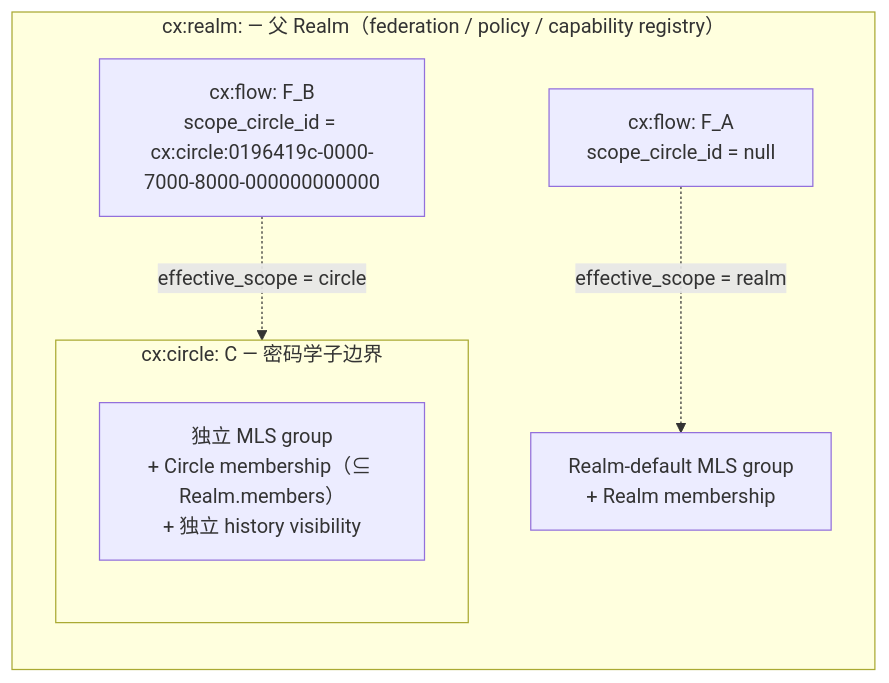
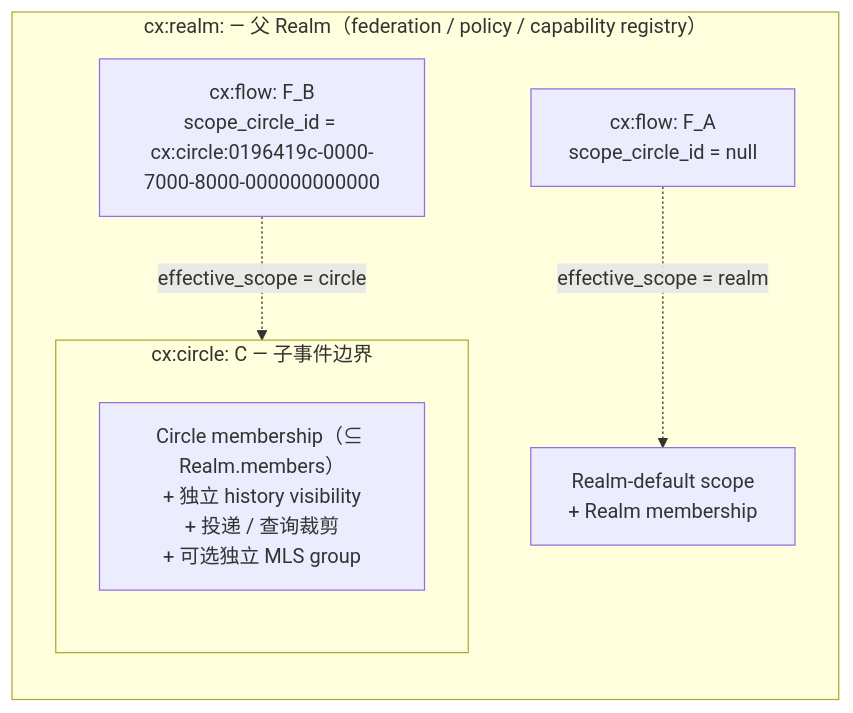
The diagram in spec/v1/zh/models/flow-and-message.md (arkret-org/arkret-spec), drawn with Mermaid before and after one commit. The commit also changed other lines of this file and 35 other files, not shown here.

First line of the commit message:
Refine Circle and Flow Scope Definitions

````diff
--- a/spec/v1/zh/models/flow-and-message.md
+++ b/spec/v1/zh/models/flow-and-message.md
@@ -318,16 +318,16 @@
 ```mermaid
 flowchart LR
     subgraph Realm ["cx:realm: — 父 Realm（federation / policy / capability registry）"]
         direction TB
         FlowA["cx:flow: F_A<br/>scope_circle_id = null"]
         FlowB["cx:flow: F_B<br/>scope_circle_id = cx:circle:0196419c-0000-7000-8000-000000000000"]
-        RealmMLS["Realm-default MLS group<br/>+ Realm membership"]
-        subgraph Circle ["cx:circle: C — 密码学子边界"]
+        RealmScope["Realm-default scope<br/>+ Realm membership"]
+        subgraph Circle ["cx:circle: C — 子事件边界"]
             direction TB
-            CircleMLS["独立 MLS group<br/>+ Circle membership（⊆ Realm.members）<br/>+ 独立 history visibility"]
+            CircleScope["Circle membership（⊆ Realm.members）<br/>+ 独立 history visibility<br/>+ 投递 / 查询裁剪<br/>+ 可选独立 MLS group"]
         end
 
-        FlowA -. "effective_scope = realm" .-> RealmMLS
-        FlowB -. "effective_scope = circle" .-> CircleMLS
+        FlowA -. "effective_scope = realm" .-> RealmScope
+        FlowB -. "effective_scope = circle" .-> CircleScope
     end
 ```
````
